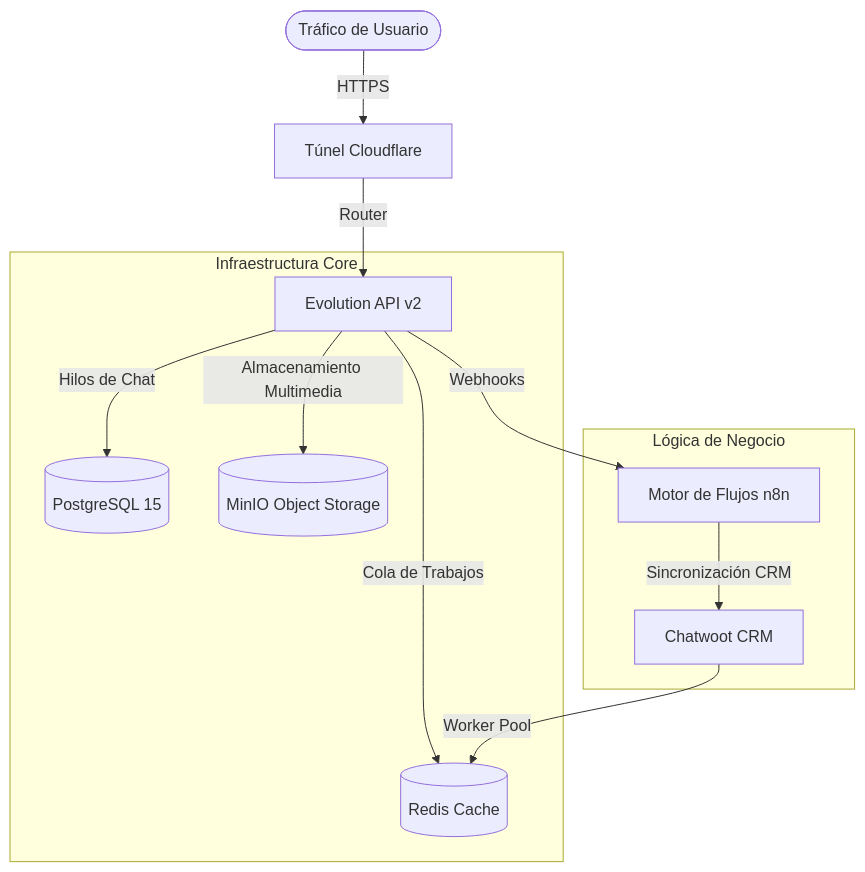
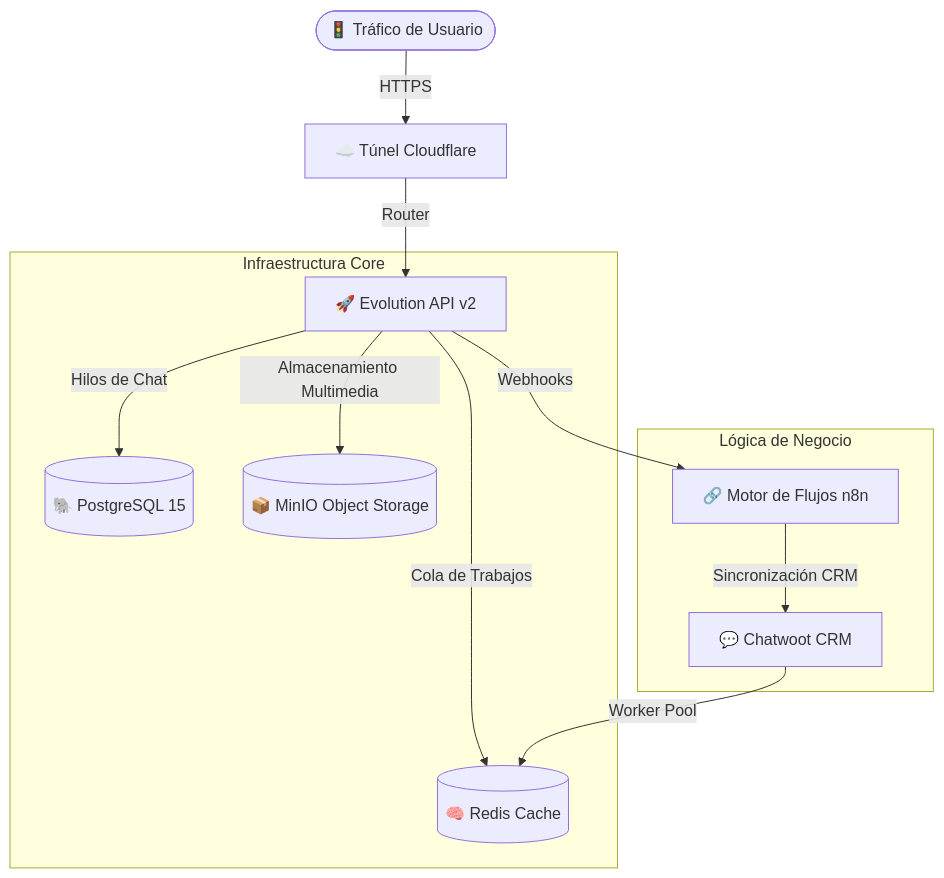
One commit to HackUN09/chatbot-stack changed the diagram in README.md. Above: the diagram before and after it, drawn with Mermaid. The commit also changed other lines of this file, not shown here.

````diff
--- a/README.md
+++ b/README.md
@@ -14,17 +20,17 @@
 ```mermaid
 graph TD
-    User([Tráfico de Usuario]) -->|HTTPS| CF[Túnel Cloudflare]
-    CF -->|Router| API[Evolution API v2]
+    User([🚦 Tráfico de Usuario]) -->|HTTPS| CF[☁️ Túnel Cloudflare]
+    CF -->|Router| API[🚀 Evolution API v2]
     
     subgraph "Infraestructura Core"
-        API -->|Hilos de Chat| PG[(PostgreSQL 15)]
-        API -->|Cola de Trabajos| RD[(Redis Cache)]
-        API -->|Almacenamiento Multimedia| S3[(MinIO Object Storage)]
+        API -->|Hilos de Chat| PG[(🐘 PostgreSQL 15)]
+        API -->|Cola de Trabajos| RD[(🧠 Redis Cache)]
+        API -->|Almacenamiento Multimedia| S3[(📦 MinIO Object Storage)]
     end
     
     subgraph "Lógica de Negocio"
-        API -->|Webhooks| N8N[Motor de Flujos n8n]
-        N8N -->|Sincronización CRM| CW[Chatwoot CRM]
+        API -->|Webhooks| N8N[🔗 Motor de Flujos n8n]
+        N8N -->|Sincronización CRM| CW[💬 Chatwoot CRM]
         CW -->|Worker Pool| RD
     end
 ```
````
